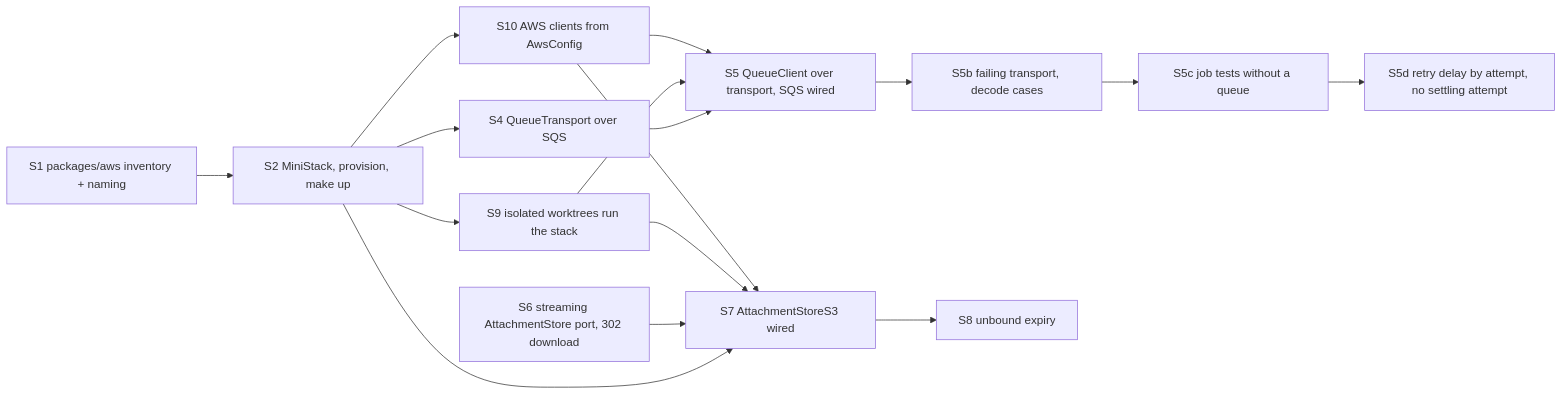
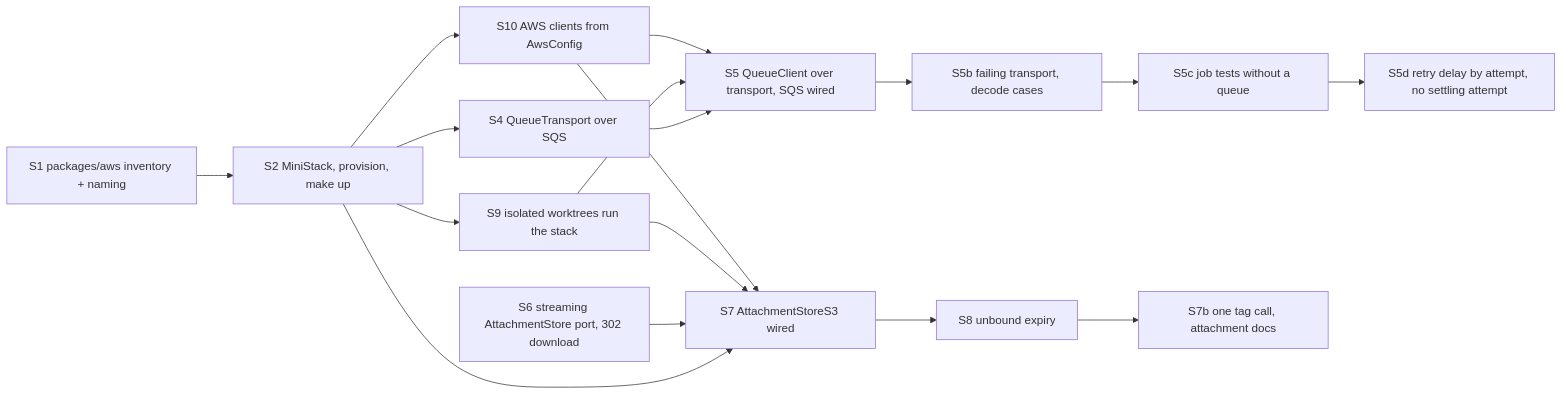
One commit to khotei/app-template changed the diagram in docs/tickets/2026-10-19-1448_aws-local/plan.md. Above: the diagram before and after it, drawn with Mermaid. The commit also changed other lines of this file, not shown here.

First line of the commit message:
:memo: docs(aws-local): Plan S7b to drop the second tag call

````diff
--- a/docs/tickets/2026-10-19-1448_aws-local/plan.md
+++ b/docs/tickets/2026-10-19-1448_aws-local/plan.md
@@ -32,19 +32,20 @@
 ```mermaid
 graph LR
   S1[S1 packages/aws inventory + naming] --> S2[S2 MiniStack, provision, make up]
   S2 --> S4[S4 QueueTransport over SQS]
   S4 --> S5[S5 QueueClient over transport, SQS wired]
   S5 --> S5b[S5b failing transport, decode cases]
   S5b --> S5c[S5c job tests without a queue]
   S5c --> S5d[S5d retry delay by attempt, no settling attempt]
   S6[S6 streaming AttachmentStore port, 302 download]
   S2 --> S7[S7 AttachmentStoreS3 wired]
   S6 --> S7
   S7 --> S8[S8 unbound expiry]
+  S8 --> S7b[S7b one tag call, attachment docs]
   S2 --> S9[S9 isolated worktrees run the stack]
   S2 --> S10[S10 AWS clients from AwsConfig]
   S9 --> S5
   S9 --> S7
   S10 --> S5
   S10 --> S7
 ```
````
